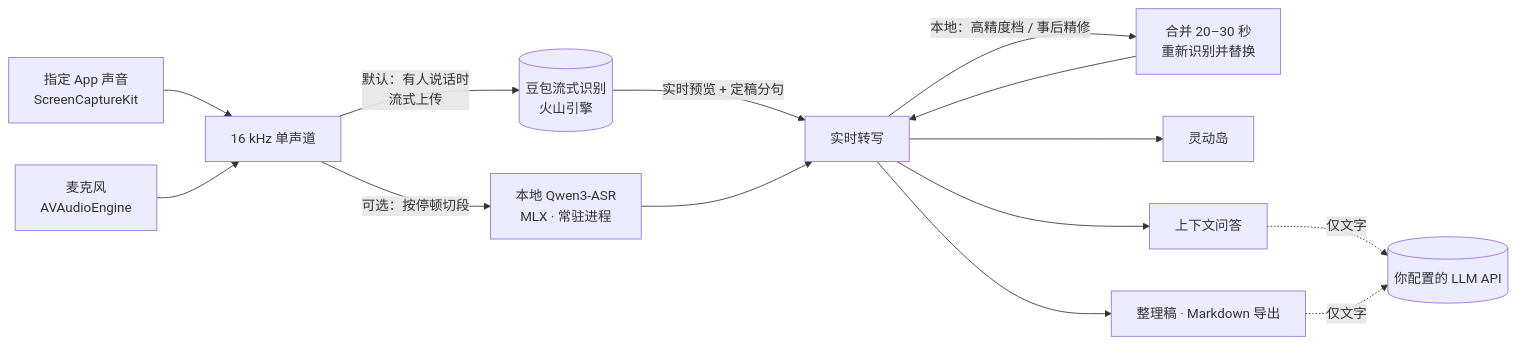
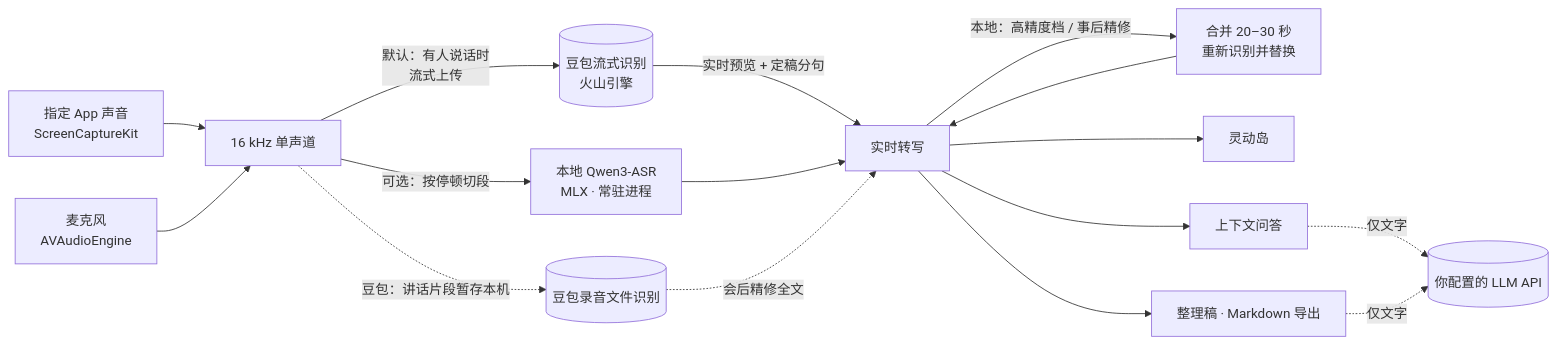
The diagram in README.md (starsalwaysineyes/listenflow), drawn with Mermaid before and after one commit. The commit also changed other lines of this file and 12 other files, not shown here.

````diff
--- a/README.md
+++ b/README.md
@@ -88,16 +88,18 @@
 ```mermaid
 flowchart LR
     A["指定 App 声音<br/>ScreenCaptureKit"] --> C
     B["麦克风<br/>AVAudioEngine"] --> C
     C["16 kHz 单声道"] -->|"默认：有人说话时<br/>流式上传"| V[("豆包流式识别<br/>火山引擎")]
     V -->|"实时预览 + 定稿分句"| E["实时转写"]
     C -->|"可选：按停顿切段"| D["本地 Qwen3-ASR<br/>MLX · 常驻进程"]
     D --> E
     E -->|"本地：高精度档 / 事后精修"| F["合并 20–30 秒<br/>重新识别并替换"]
     F --> E
+    C -.->|"豆包：讲话片段暂存本机"| R[("豆包录音文件识别")]
+    R -.->|"会后精修全文"| E
     E --> G["灵动岛"]
     E --> H["上下文问答"]
     E --> I["整理稿 · Markdown 导出"]
     H -.->|"仅文字"| J[("你配置的 LLM API")]
     I -.->|"仅文字"| J
 ```
````
